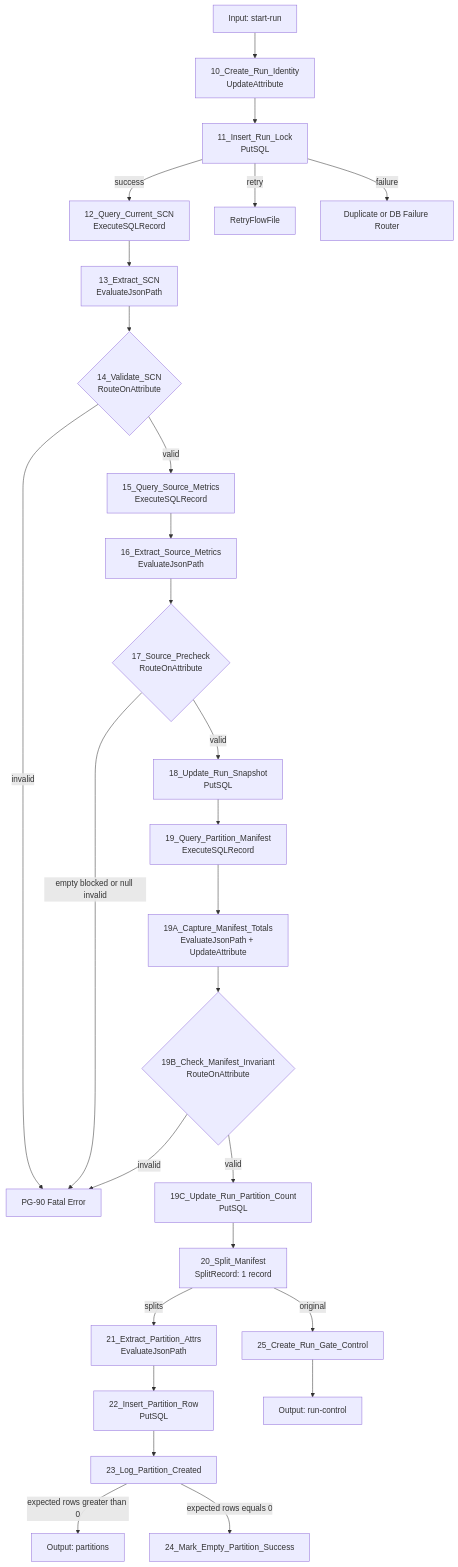
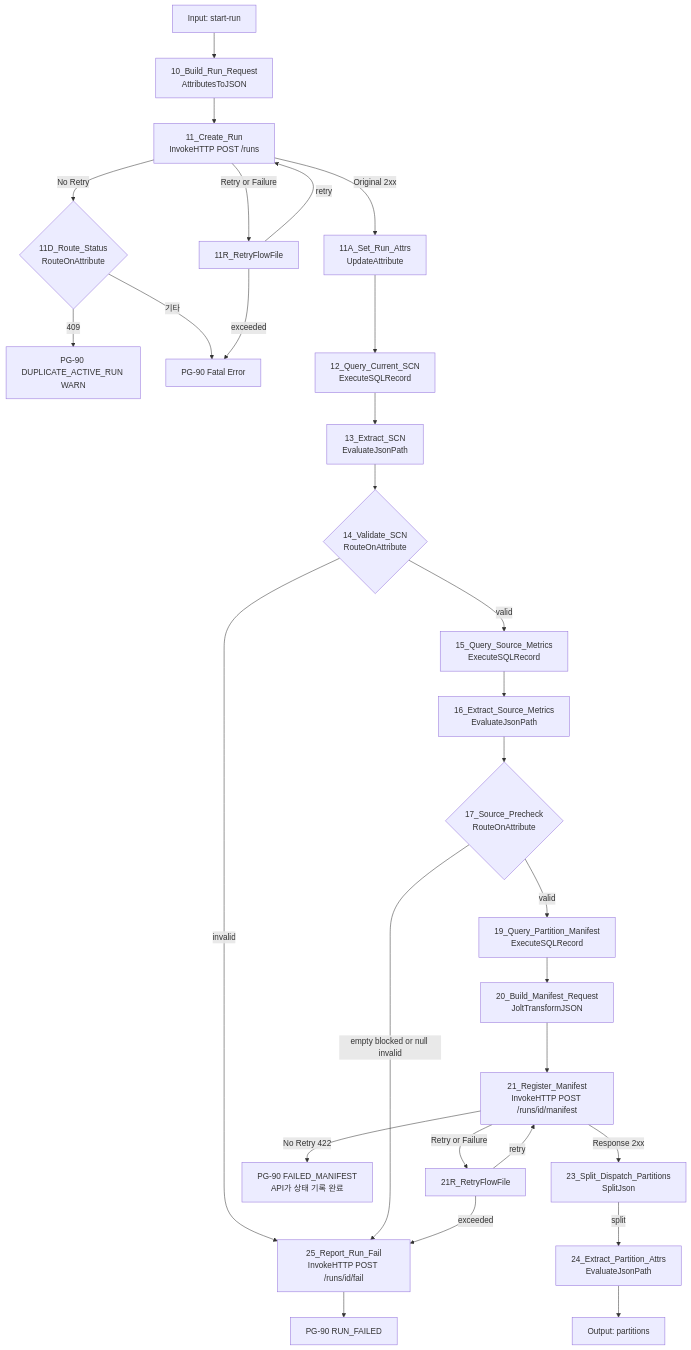
The fifth of 13 diagrams in nifi-sqoop-removal-guide.md (DataDynamics/nifi-sqoop-removal), drawn with Mermaid before and after one commit. The commit also changed other lines of this file and 3 other files, not shown here.

````diff
--- a/nifi-sqoop-removal-guide.md
+++ b/nifi-sqoop-removal-guide.md
@@ -742,29 +793,31 @@
 ```mermaid
 flowchart TD
-    I[Input: start-run] --> A[10_Create_Run_Identity<br/>UpdateAttribute]
-    A --> B[11_Insert_Run_Lock<br/>PutSQL]
-    B -->|success| C[12_Query_Current_SCN<br/>ExecuteSQLRecord]
-    B -->|retry| BR[RetryFlowFile]
-    B -->|failure| BF[Duplicate or DB Failure Router]
+    I[Input: start-run] --> A[10_Build_Run_Request<br/>AttributesToJSON]
+    A --> B[11_Create_Run<br/>InvokeHTTP POST /runs]
+    B -->|Original 2xx| BA[11A_Set_Run_Attrs<br/>UpdateAttribute]
+    B -->|No Retry| DUP{11D_Route_Status<br/>RouteOnAttribute}
+    DUP -->|409| DW[PG-90 DUPLICATE_ACTIVE_RUN WARN]
+    DUP -->|기타| X0[PG-90 Fatal Error]
+    B -->|Retry or Failure| BR[11R_RetryFlowFile]
+    BR -->|retry| B
+    BR -->|exceeded| X0
+    BA --> C[12_Query_Current_SCN<br/>ExecuteSQLRecord]
     C --> D[13_Extract_SCN<br/>EvaluateJsonPath]
     D --> E{14_Validate_SCN<br/>RouteOnAttribute}
     E -->|valid| F[15_Query_Source_Metrics<br/>ExecuteSQLRecord]
-    E -->|invalid| X[PG-90 Fatal Error]
+    E -->|invalid| X[25_Report_Run_Fail<br/>InvokeHTTP POST /runs/id/fail]
     F --> G[16_Extract_Source_Metrics<br/>EvaluateJsonPath]
     G --> H{17_Source_Precheck<br/>RouteOnAttribute}
     H -->|empty blocked or null invalid| X
-    H -->|valid| J[18_Update_Run_Snapshot<br/>PutSQL]
-    J --> K[19_Query_Partition_Manifest<br/>ExecuteSQLRecord]
-    K --> KC[19A_Capture_Manifest_Totals<br/>EvaluateJsonPath + UpdateAttribute]
-    KC --> KV{19B_Check_Manifest_Invariant<br/>RouteOnAttribute}
-    KV -->|invalid| X
-    KV -->|valid| KU[19C_Update_Run_Partition_Count<br/>PutSQL]
-    KU --> L[20_Split_Manifest<br/>SplitRecord: 1 record]
-    L -->|splits| M[21_Extract_Partition_Attrs<br/>EvaluateJsonPath]
-    M --> N[22_Insert_Partition_Row<br/>PutSQL]
-    N --> O[23_Log_Partition_Created]
-    O -->|expected rows greater than 0| OUT[Output: partitions]
-    O -->|expected rows equals 0| Z[24_Mark_Empty_Partition_Success]
-    L -->|original| Q[25_Create_Run_Gate_Control]
-    Q --> R[Output: run-control]
+    H -->|valid| K[19_Query_Partition_Manifest<br/>ExecuteSQLRecord]
+    K --> J[20_Build_Manifest_Request<br/>JoltTransformJSON]
+    J --> M[21_Register_Manifest<br/>InvokeHTTP POST /runs/id/manifest]
+    M -->|Response 2xx| L[23_Split_Dispatch_Partitions<br/>SplitJson]
+    M -->|No Retry 422| XM[PG-90 FAILED_MANIFEST<br/>API가 상태 기록 완료]
+    M -->|Retry or Failure| MR[21R_RetryFlowFile]
+    MR -->|retry| M
+    MR -->|exceeded| X
+    L -->|split| P[24_Extract_Partition_Attrs<br/>EvaluateJsonPath]
+    P --> OUT[Output: partitions]
+    X --> XE[PG-90 RUN_FAILED]
 ```
````
